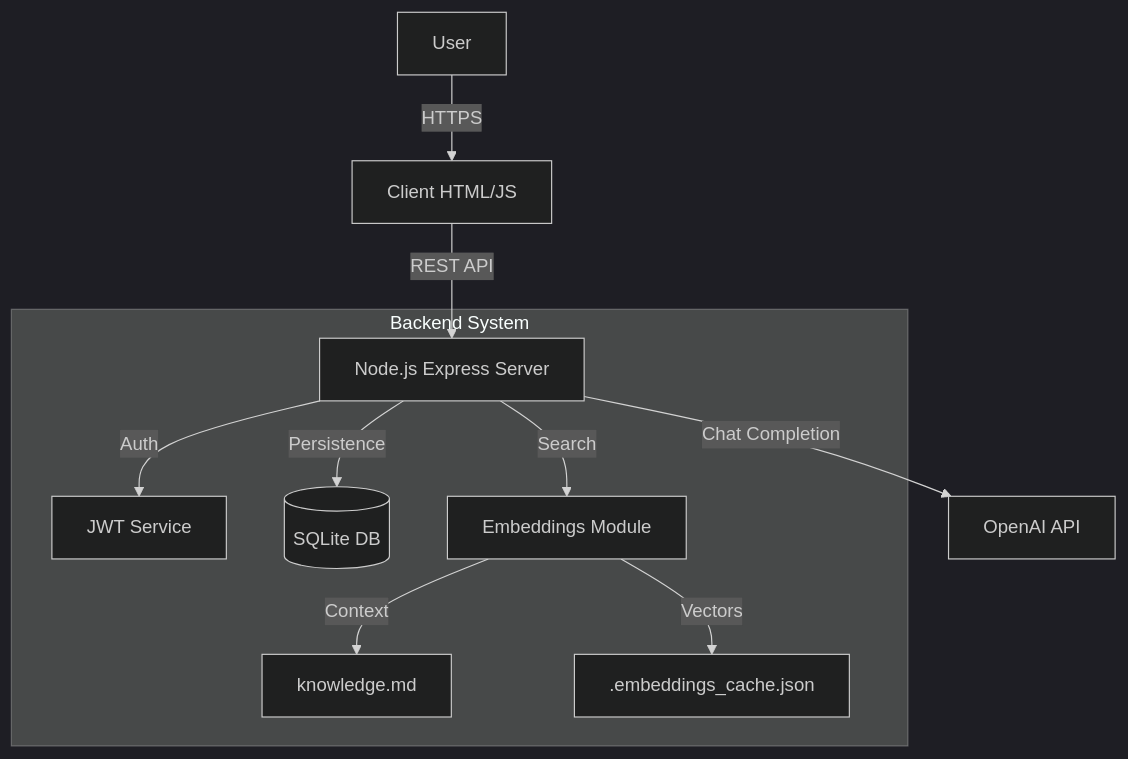
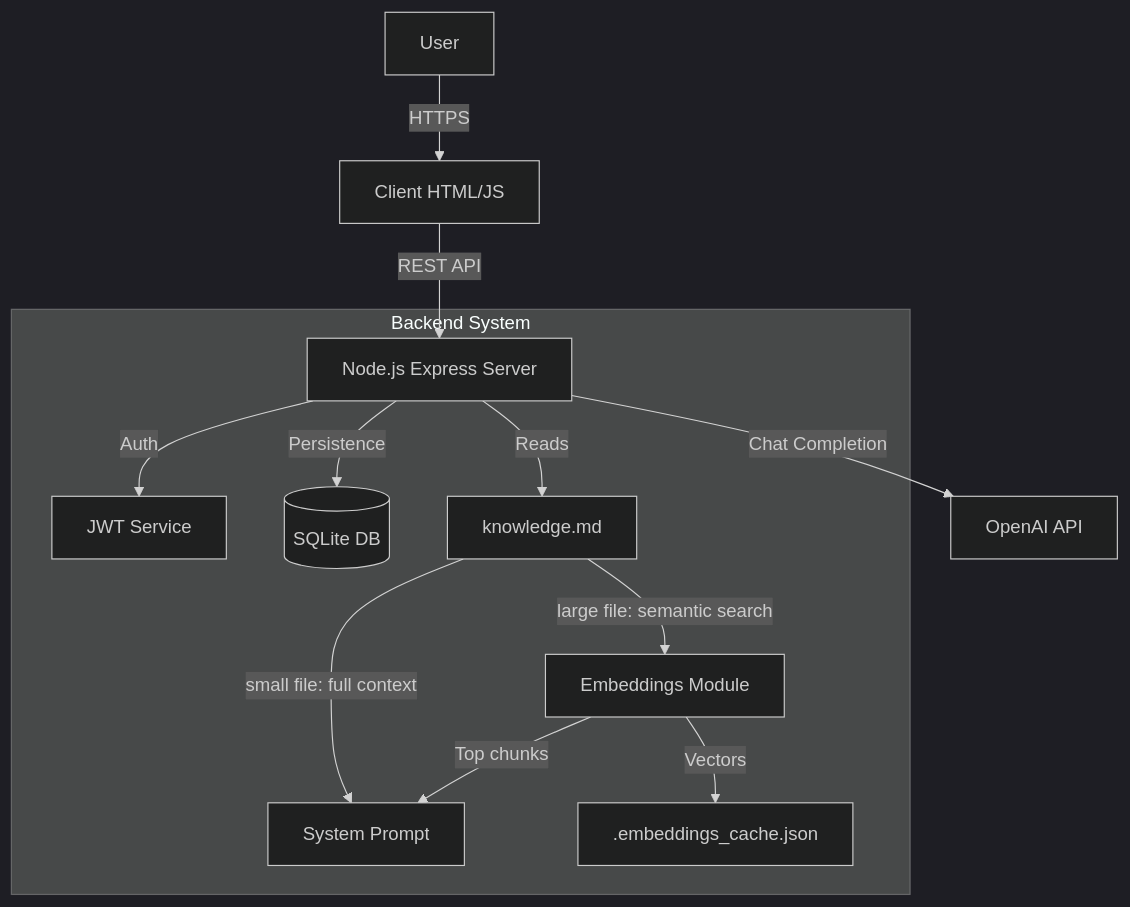
The first of 2 diagrams in README.md (pepbernat/interactive-bio-ai), drawn with Mermaid (dark theme) before and after one commit. The commit also changed other lines of this file and 3 other files, not shown here.

Commit message:
Feature: Elegible full context or embeded based on size of knowledge file.

````diff
--- a/README.md
+++ b/README.md
@@ -24,15 +24,17 @@
 ```mermaid
 graph TD
     User[User] -->|HTTPS| Frontend[Client HTML/JS]
     Frontend -->|REST API| Backend[Node.js Express Server]
     
     subgraph "Backend System"
         Backend -->|Auth| JWT[JWT Service]
         Backend -->|Persistence| SQLite[(SQLite DB)]
-        Backend -->|Search| RAG[Embeddings Module]
-        RAG -->|Context| Knowledge[knowledge.md]
+        Backend -->|Reads| Knowledge[knowledge.md]
+        Knowledge -->|small file: full context| Prompt[System Prompt]
+        Knowledge -->|large file: semantic search| RAG[Embeddings Module]
         RAG -->|Vectors| Cache[.embeddings_cache.json]
+        RAG -->|Top chunks| Prompt
     end
     
     Backend -->|Chat Completion| OpenAI[OpenAI API]
 ```
````
